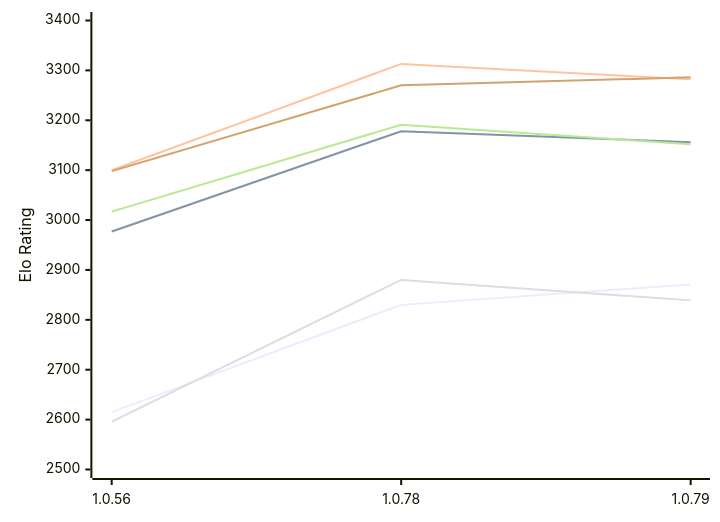
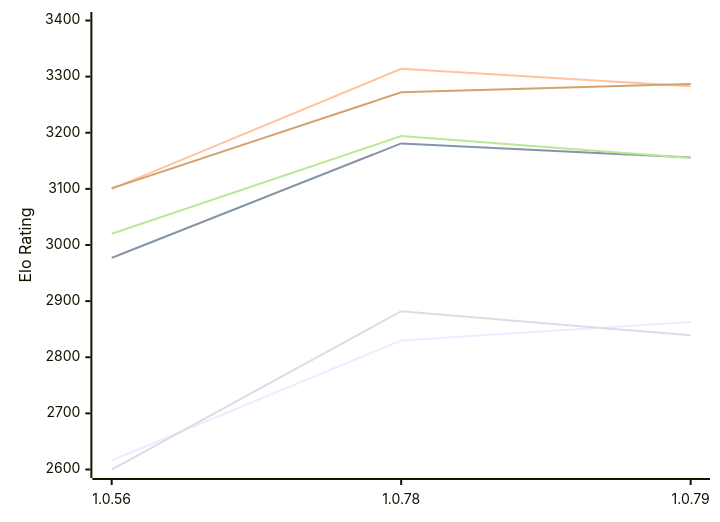
The first of 2 diagrams in engines/RustyRival.md (computer-chess-index/cci), drawn with Mermaid before and after one commit. The commit also changed other lines of this file, not shown here.

Commit message:
Update CCI Ratings (ELO VLTC) - 2026-11-24

````diff
--- a/engines/RustyRival.md
+++ b/engines/RustyRival.md
@@ -65,12 +65,12 @@
 ```mermaid
 %%{init: {"theme":"base","themeVariables":{"seriesColors:['#a3a3a3','#222221','#faa371']}}}%%
 xychart-beta
   x-axis ["1.0.56", "1.0.78", "1.0.79"]
-  y-axis "Elo Rating" 2500 --> 3400
-  line "E1: STC (8.0+0.08s)" [2615, 2830, 2871]
-  line "E1: LTC (60.0+0.60s)" [2977, 3178, 3156]
-  line "E1: VLTC (2m24s+1.12s)" [3100, 3313, 3282]
-  line "P1: STC (8.0+0.08s)" [2596, 2880, 2839]
-  line "P1: LTC (60.0+0.60s)" [3017, 3191, 3152]
-  line "P1: VLTC (2m24s+1.12s)" [3098, 3270, 3286]
+  y-axis "Elo Rating" 2600 --> 3400
+  line "E1: STC (8.0+0.08s)" [2616, 2830, 2863]
+  line "E1: LTC (60.0+0.60s)" [2977, 3181, 3156]
+  line "E1: VLTC (2m24s+1.12s)" [3100, 3314, 3283]
+  line "P1: STC (8.0+0.08s)" [2600, 2882, 2839]
+  line "P1: LTC (60.0+0.60s)" [3020, 3194, 3155]
+  line "P1: VLTC (2m24s+1.12s)" [3101, 3272, 3287]
 ```
````
